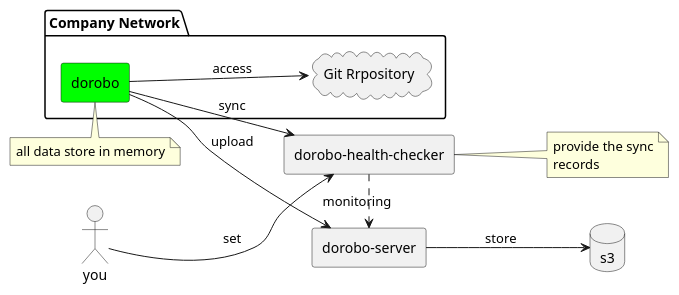
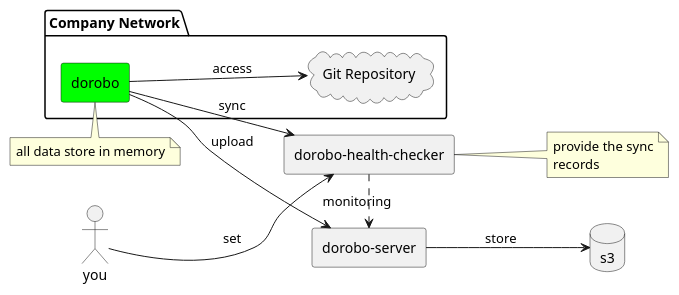
Before and after one commit to tsunejui/dorobo: the diagram in puml/arch.puml, drawn with PlantUML. The commit also changed 1 other file, not shown here.

```diff
--- a/puml/arch.puml
+++ b/puml/arch.puml
@@ -1,28 +1,28 @@
 @startuml arch
 left to right direction
 
 actor "you" as user
 database "s3" as db
 agent "dorobo-server" as svr
 agent "dorobo-health-checker" as checker
 package "Company Network" {
     agent "dorobo" as c #00ff00
-    cloud "Git Rrpository" as git
+    cloud "Git Repository" as git
 }
 
 c --> git : access
 note top of c
 all data store in memory
 end note
 
 c --> svr : upload
 svr --> db : store
 c --> checker  : sync
 checker .> svr : monitoring
 user --> checker : set
 note right of checker
 provide the sync
 records
 end note
 
 @enduml
```
